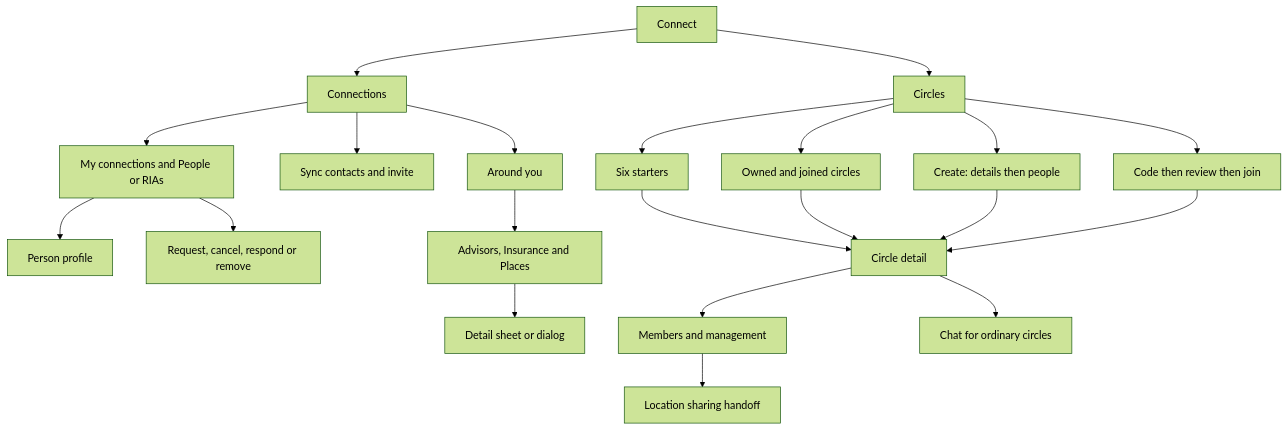
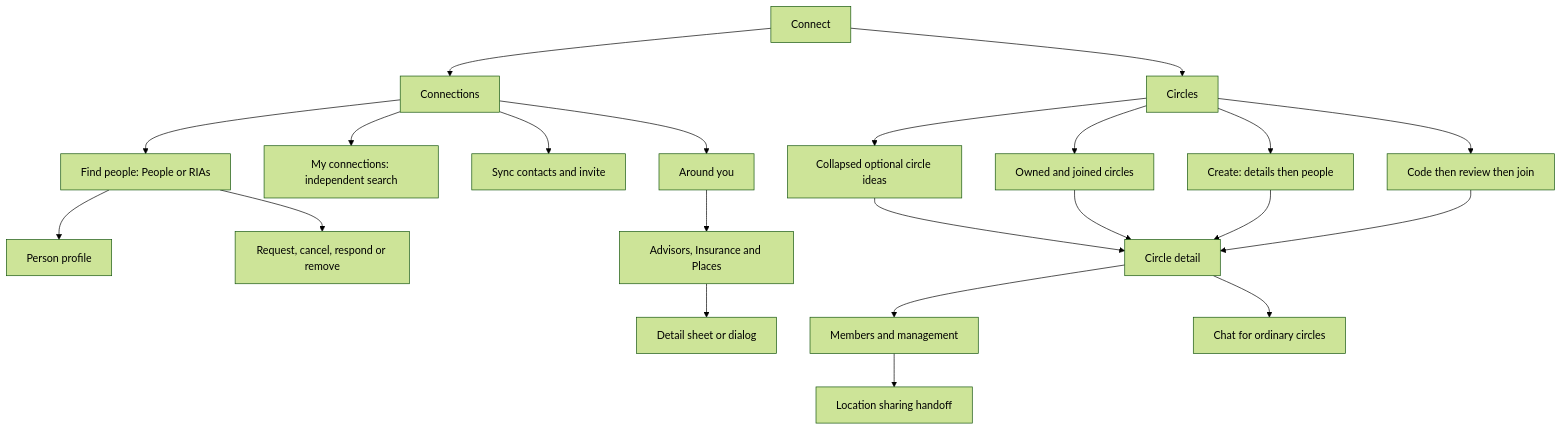
Before and after one commit to hushh-labs/hushh-research: the diagram in hushh-webapp/docs/ui-contracts/connect.md, drawn with Mermaid (forest theme). The commit also changed other lines of this file and 38 other files, not shown here.

Commit message:
feat(connect): align connections and circles with v14 UX

````diff
--- a/hushh-webapp/docs/ui-contracts/connect.md
+++ b/hushh-webapp/docs/ui-contracts/connect.md
@@ -17,23 +16,24 @@
 ```mermaid
 flowchart TD
   connect["Connect"] --> connections["Connections"]
   connect --> circles["Circles"]
-  connections --> people["My connections and People or RIAs"]
+  connections --> people["Find people: People or RIAs"]
+  connections --> savedPeople["My connections: independent search"]
   connections --> contacts["Sync contacts and invite"]
   connections --> nearby["Around you"]
   people --> profile["Person profile"]
   people --> request["Request, cancel, respond or remove"]
   nearby --> directories["Advisors, Insurance and Places"]
   directories --> nearbyDetail["Detail sheet or dialog"]
-  circles --> starters["Six starters"]
+  circles --> starters["Collapsed optional circle ideas"]
   circles --> saved["Owned and joined circles"]
   circles --> create["Create: details then people"]
   circles --> join["Code then review then join"]
   starters --> detail["Circle detail"]
   saved --> detail
   create --> detail
   join --> detail
   detail --> members["Members and management"]
   detail --> chat["Chat for ordinary circles"]
   members --> location["Location sharing handoff"]
 ```
````
